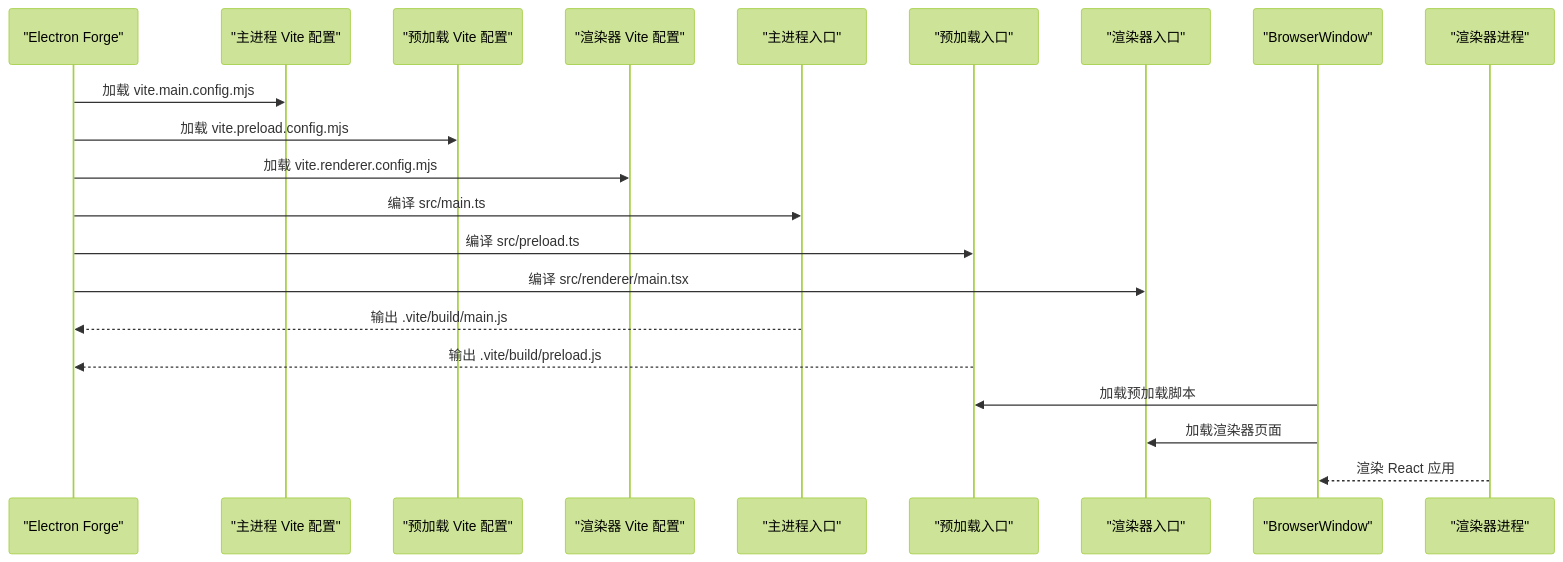
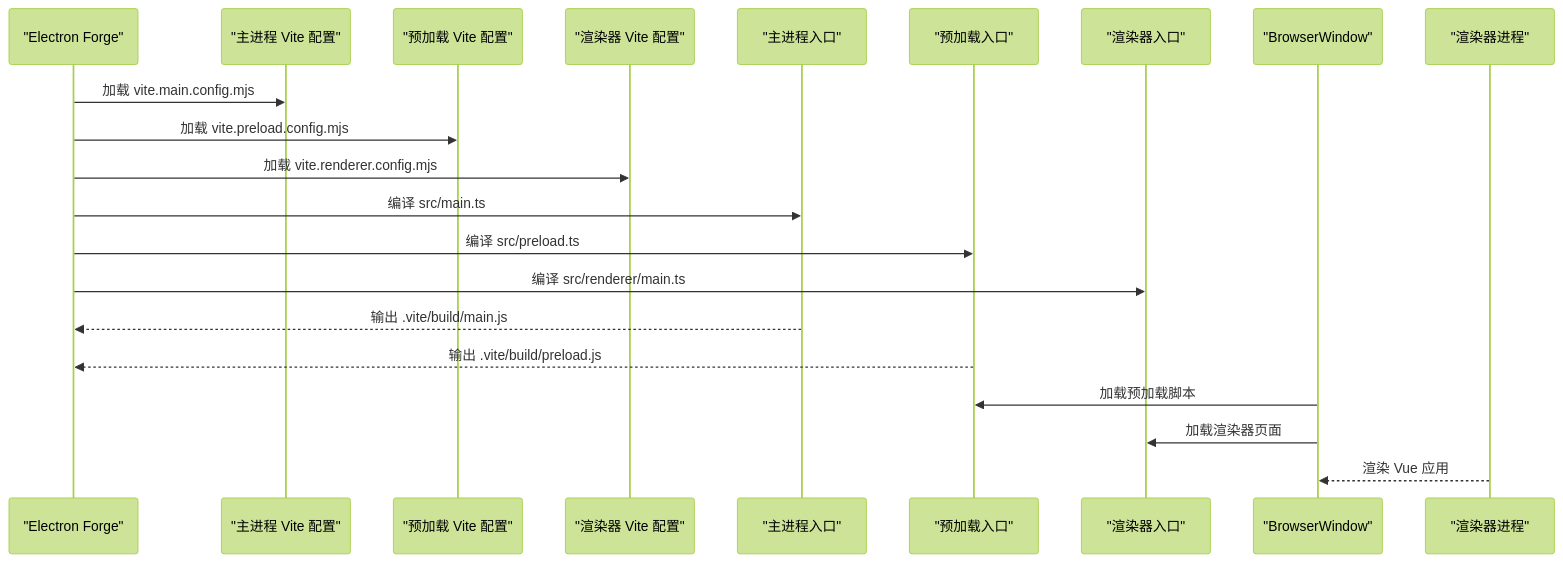
One commit to hallllla/QAQ-Agent changed the second of 6 diagrams in .qoder/repowiki/zh/content/构建与部署/Vite 构建配置.md. Above: the diagram before and after it, drawn with Mermaid (forest theme). The commit also changed other lines of this file and 23 other files, not shown here.

````diff
--- a/.qoder/repowiki/zh/content/构建与部署/Vite 构建配置.md
+++ b/.qoder/repowiki/zh/content/构建与部署/Vite 构建配置.md
@@ -91,23 +101,23 @@
 ```mermaid
 sequenceDiagram
 participant Forge as "Electron Forge"
 participant MainCfg as "主进程 Vite 配置"
 participant PreloadCfg as "预加载 Vite 配置"
 participant RendererCfg as "渲染器 Vite 配置"
 participant MainEntry as "主进程入口"
 participant PreloadEntry as "预加载入口"
 participant RendererEntry as "渲染器入口"
 participant MainWindow as "BrowserWindow"
 participant Renderer as "渲染器进程"
 Forge->>MainCfg : 加载 vite.main.config.mjs
 Forge->>PreloadCfg : 加载 vite.preload.config.mjs
 Forge->>RendererCfg : 加载 vite.renderer.config.mjs
 Forge->>MainEntry : 编译 src/main.ts
 Forge->>PreloadEntry : 编译 src/preload.ts
-Forge->>RendererEntry : 编译 src/renderer/main.tsx
+Forge->>RendererEntry : 编译 src/renderer/main.ts
 MainEntry-->>Forge : 输出 .vite/build/main.js
 PreloadEntry-->>Forge : 输出 .vite/build/preload.js
 MainWindow->>PreloadEntry : 加载预加载脚本
 MainWindow->>RendererEntry : 加载渲染器页面
-Renderer-->>MainWindow : 渲染 React 应用
+Renderer-->>MainWindow : 渲染 Vue 应用
 ```
````
